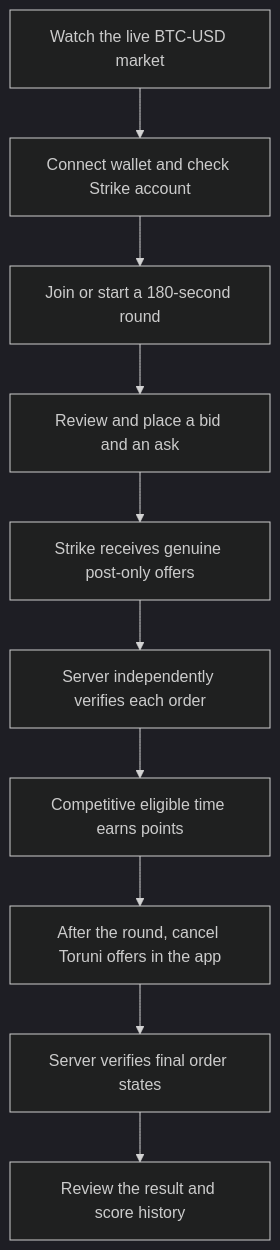
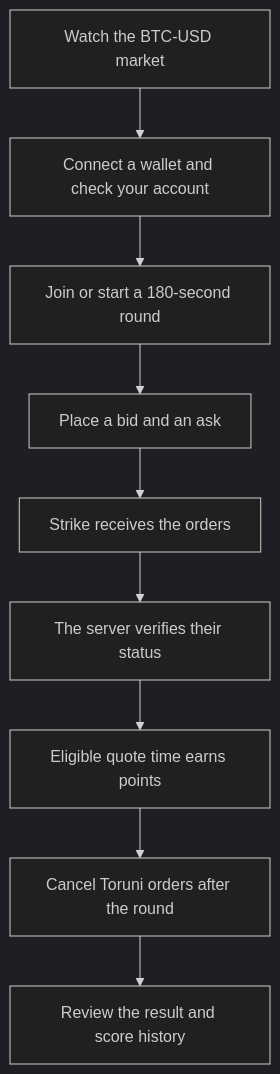
One commit to Web3Kyami/Toruni changed the first of 3 diagrams in README.md. Above: the diagram before and after it, drawn with Mermaid (dark theme). The commit also changed other lines of this file, not shown here.

Commit message:
Rewrite Toruni README as a product story

````diff
--- a/README.md
+++ b/README.md
@@ -23,12 +13,11 @@
 ```mermaid
 flowchart TD
-    A[Watch the live BTC-USD market] --> B[Connect wallet and check Strike account]
+    A[Watch the BTC-USD market] --> B[Connect a wallet and check your account]
     B --> C[Join or start a 180-second round]
-    C --> D[Review and place a bid and an ask]
-    D --> E[Strike receives genuine post-only offers]
-    E --> F[Server independently verifies each order]
-    F --> G[Competitive eligible time earns points]
-    G --> H[After the round, cancel Toruni offers in the app]
-    H --> I[Server verifies final order states]
-    I --> J[Review the result and score history]
+    C --> D[Place a bid and an ask]
+    D --> E[Strike receives the orders]
+    E --> F[The server verifies their status]
+    F --> G[Eligible quote time earns points]
+    G --> H[Cancel Toruni orders after the round]
+    H --> I[Review the result and score history]
 ```
````
